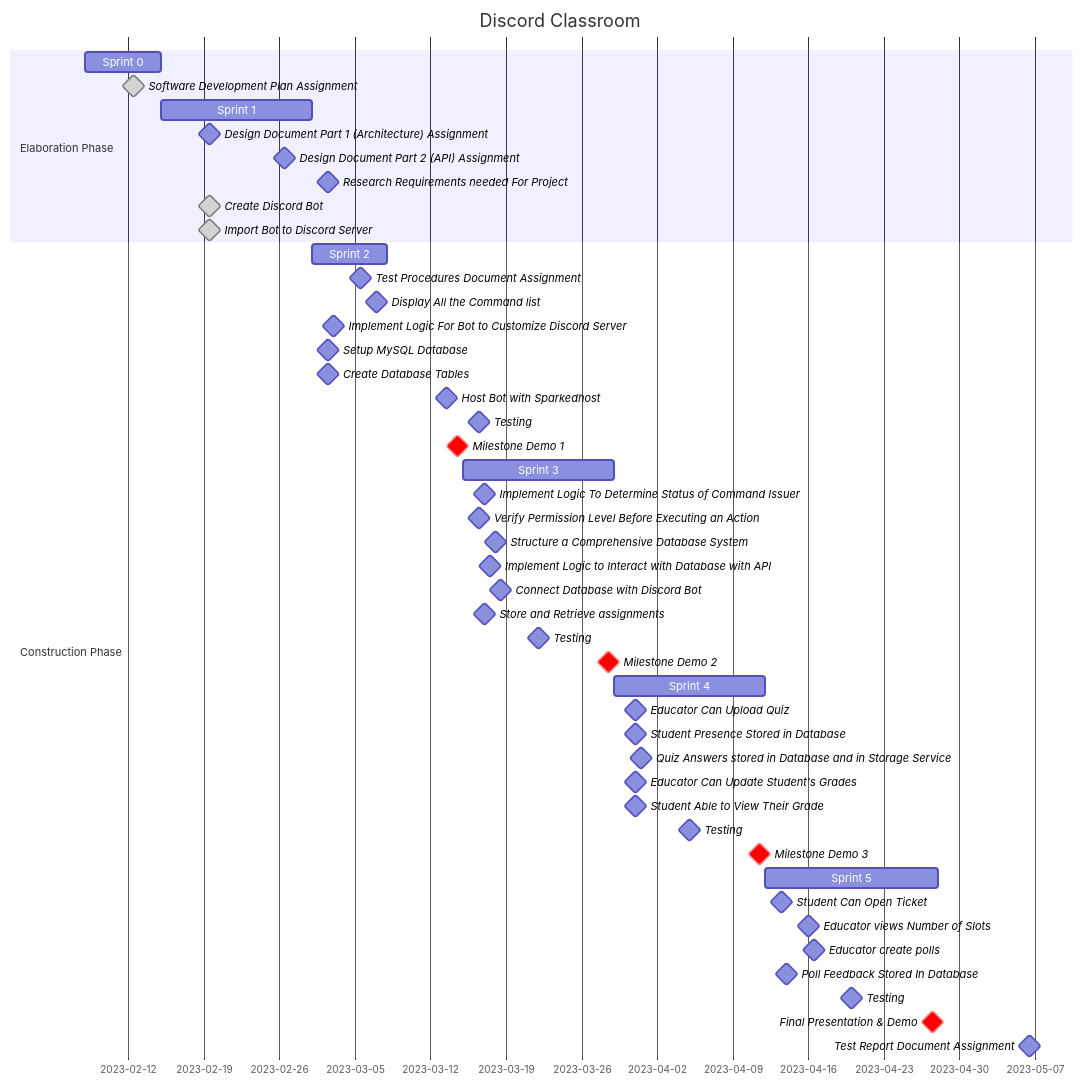
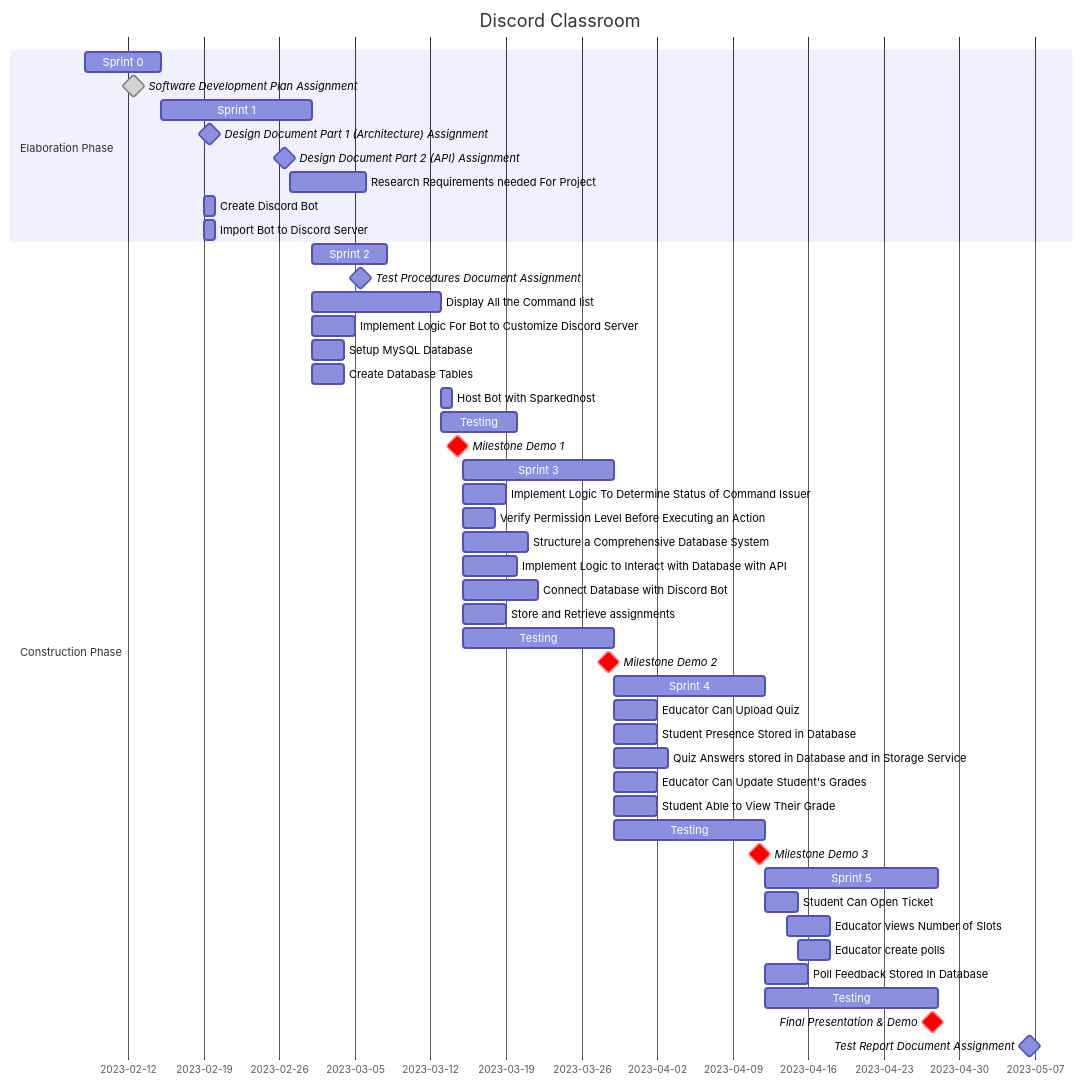
The diagram in documentation/docs/development-plan/schedule.md (Capstone-Projects-2023-Spring/project-discord-classroom), drawn with Mermaid before and after one commit.

Commit message:
removed unnecessary 'milestone' symbol on task

````diff
--- a/documentation/docs/development-plan/schedule.md
+++ b/documentation/docs/development-plan/schedule.md
@@ -7,59 +7,59 @@
 ```mermaid
 gantt
     title Discord Classroom
     dateFormat  YYYY-MM-DD
     
     section Elaboration Phase 
          Sprint 0: , 2023-02-08, 1w
          Software Development Plan Assignment: milestone, done, 2023-02-12, 1d
 
          Sprint 1: , 2023-02-15, 2w
          Design Document Part 1 (Architecture) Assignment: milestone, , 2023-02-19, 1d
          Design Document Part 2 (API) Assignment: milestone, , 2023-02-26, 1d
-         Research Requirements needed For Project : milestone, , 2023-02-27, 1w
-         Create Discord Bot : milestone, done, 2023-02-19, 1d
-         Import Bot to Discord Server: milestone, done, 2023-02-19, 1d
+         Research Requirements needed For Project : , 2023-02-27, 1w
+         Create Discord Bot : , 2023-02-19, 1d
+         Import Bot to Discord Server: , 2023-02-19, 1d
 
         section Construction Phase 
          Sprint 2: , 2023-03-01, 1w
          Test Procedures Document Assignment: milestone, , 2023-03-05, 1d 
-         Display All the Command list: milestone, , 2023-03-01, 12d
-         Implement Logic For Bot to Customize Discord Server : milestone, , 2023-03-01, 4d
-         Setup MySQL Database: milestone, , 2023-03-01, 3d
-         Create Database Tables : milestone, , 2023-03-01, 3d 
-         Host Bot with Sparkedhost : milestone, , 2023-03-13, 1d
-         Testing : milestone, , 2023-03-13, 1w
+         Display All the Command list: , 2023-03-01, 12d
+         Implement Logic For Bot to Customize Discord Server : , 2023-03-01, 4d
+         Setup MySQL Database:  , 2023-03-01, 3d
+         Create Database Tables :  , 2023-03-01, 3d 
+         Host Bot with Sparkedhost :  , 2023-03-13, 1d
+         Testing :  , 2023-03-13, 1w
 
          Milestone Demo 1 :crit, milestone,  , 2023-03-14, 1d
          
          Sprint 3: , 2023-03-15, 2w
-         Implement Logic To Determine Status of Command Issuer: milestone, , 2023-03-15, 4d
-         Verify Permission Level Before Executing an Action: milestone, , 2023-03-15, 3d
-         Structure a Comprehensive Database System: milestone, , 2023-03-15, 6d 
-         Implement Logic to Interact with Database with API: milestone, , 2023-03-15, 5d
-         Connect Database with Discord Bot : milestone, , 2023-03-15, 1w 
-         Store and Retrieve assignments: milestone, , 2023-03-15, 4d
-         Testing : milestone, , 2023-03-15, 2w
+         Implement Logic To Determine Status of Command Issuer:  , 2023-03-15, 4d
+         Verify Permission Level Before Executing an Action:  , 2023-03-15, 3d
+         Structure a Comprehensive Database System:  , 2023-03-15, 6d 
+         Implement Logic to Interact with Database with API:  , 2023-03-15, 5d
+         Connect Database with Discord Bot :  , 2023-03-15, 1w 
+         Store and Retrieve assignments:  , 2023-03-15, 4d
+         Testing :  , 2023-03-15, 2w
 
          Milestone Demo 2 :crit, milestone,  , 2023-03-28, 1d
 
          Sprint 4: , 2023-03-29, 2w
-         Educator Can Upload Quiz: milestone, , 2023-03-29, 4d
-         Student Presence Stored in Database: milestone, , 2023-03-29, 4d
-         Quiz Answers stored in Database and in Storage Service: milestone, , 2023-03-29, 5d
-         Educator Can Update Student's Grades: milestone, , 2023-03-29, 4d
-         Student Able to View Their Grade: milestone, , 2023-03-29, 4d
-         Testing : milestone, , 2023-03-29, 2w
+         Educator Can Upload Quiz:  , 2023-03-29, 4d
+         Student Presence Stored in Database:  , 2023-03-29, 4d
+         Quiz Answers stored in Database and in Storage Service:  , 2023-03-29, 5d
+         Educator Can Update Student's Grades:  , 2023-03-29, 4d
+         Student Able to View Their Grade:  , 2023-03-29, 4d
+         Testing :  , 2023-03-29, 2w
 
          Milestone Demo 3 :crit, milestone,  , 2023-04-11, 1d
          
          Sprint 5: , 2023-04-12, 16d
-         Student Can Open Ticket: milestone, , 2023-04-12, 3d
-         Educator views Number of Slots: milestone, , 2023-04-14, 4d
-         Educator create polls: milestone, , 2023-04-15, 3d
-         Poll Feedback Stored In Database: milestone, , 2023-04-12, 4d
-         Testing : milestone, , 2023-04-12, 16d
+         Student Can Open Ticket:  , 2023-04-12, 3d
+         Educator views Number of Slots:  , 2023-04-14, 4d
+         Educator create polls:  , 2023-04-15, 3d
+         Poll Feedback Stored In Database:  , 2023-04-12, 4d
+         Testing :  , 2023-04-12, 16d
 
          Final Presentation & Demo :crit, milestone,  , 2023-04-27, 1d
          Test Report Document Assignment: milestone, , 2023-05-06, 1d
 ```
````
